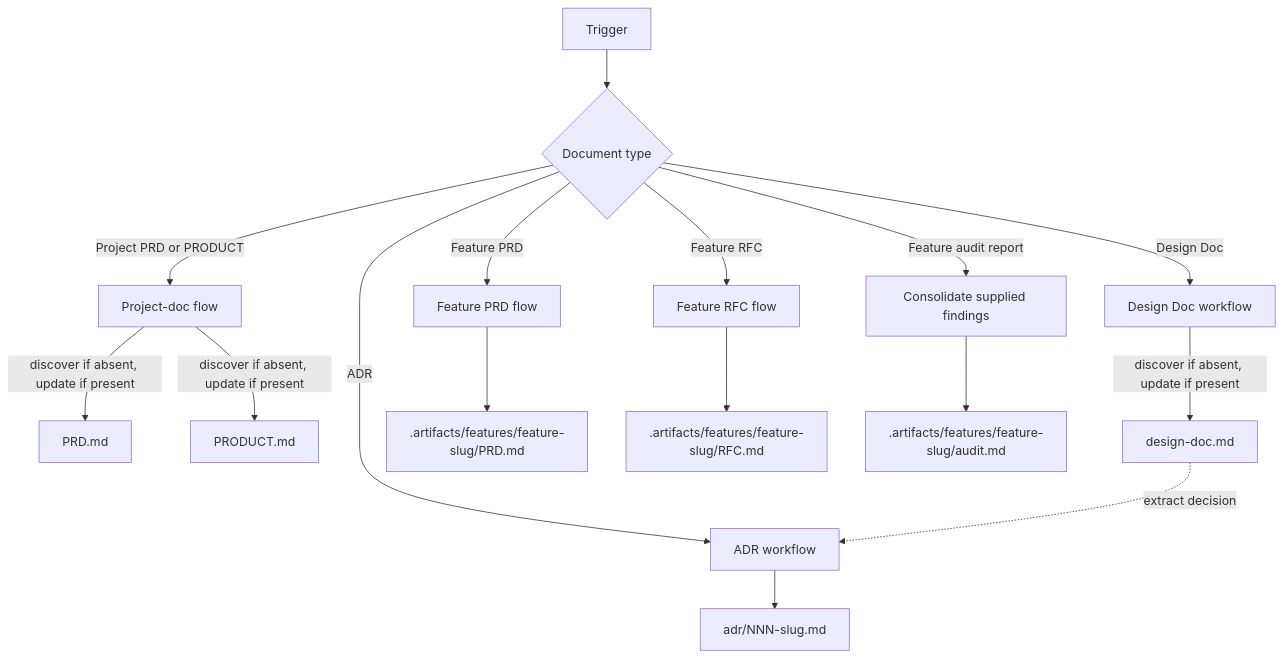
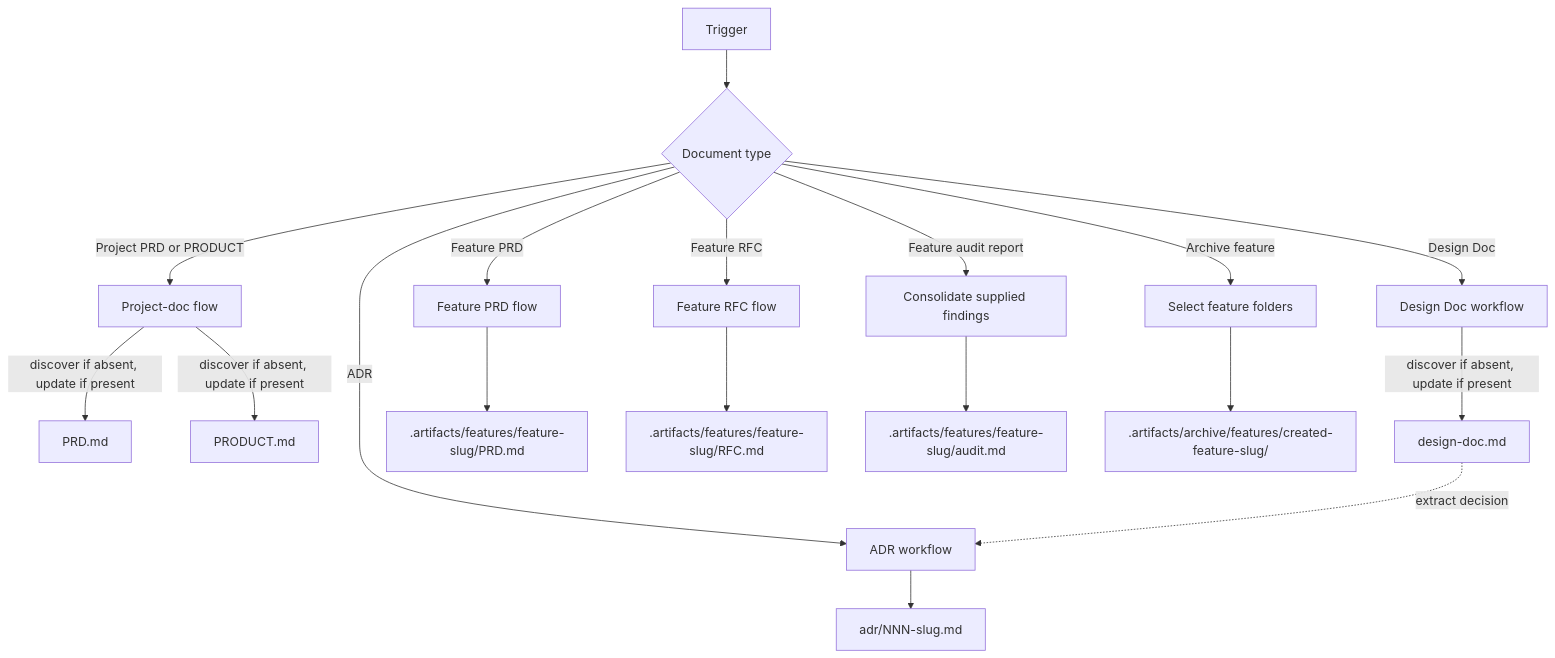
Before and after one commit to adeonir/agent-skills: the diagram in skills/product/docs-writer/README.md, drawn with Mermaid. The commit also changed other lines of this file and 3 other files, not shown here.

Commit message:
feat(docs-writer): archive feature folders picked from a multi-select list

````diff
--- a/skills/product/docs-writer/README.md
+++ b/skills/product/docs-writer/README.md
@@ -7,18 +7,20 @@
 ```mermaid
 flowchart TD
     T[Trigger] --> R{Document type}
     R -->|Project PRD or PRODUCT| PD[Project-doc flow]
     R -->|Feature PRD| FP[Feature PRD flow]
     R -->|Feature RFC| FR[Feature RFC flow]
     R -->|Feature audit report| FA[Consolidate supplied findings]
     R -->|Design Doc| DD[Design Doc workflow]
     R -->|ADR| ADR[ADR workflow]
+    R -->|Archive feature| AR[Select feature folders]
     PD -->|discover if absent, update if present| P[PRD.md]
     PD -->|discover if absent, update if present| PM[PRODUCT.md]
     DD -->|discover if absent, update if present| D[design-doc.md]
     ADR --> A[adr/NNN-slug.md]
     FP --> FPM[.artifacts/features/feature-slug/PRD.md]
     FR --> FRM[.artifacts/features/feature-slug/RFC.md]
     FA --> FAM[.artifacts/features/feature-slug/audit.md]
+    AR --> ARM[.artifacts/archive/features/created-feature-slug/]
     D -.->|extract decision| ADR
 ```
````
